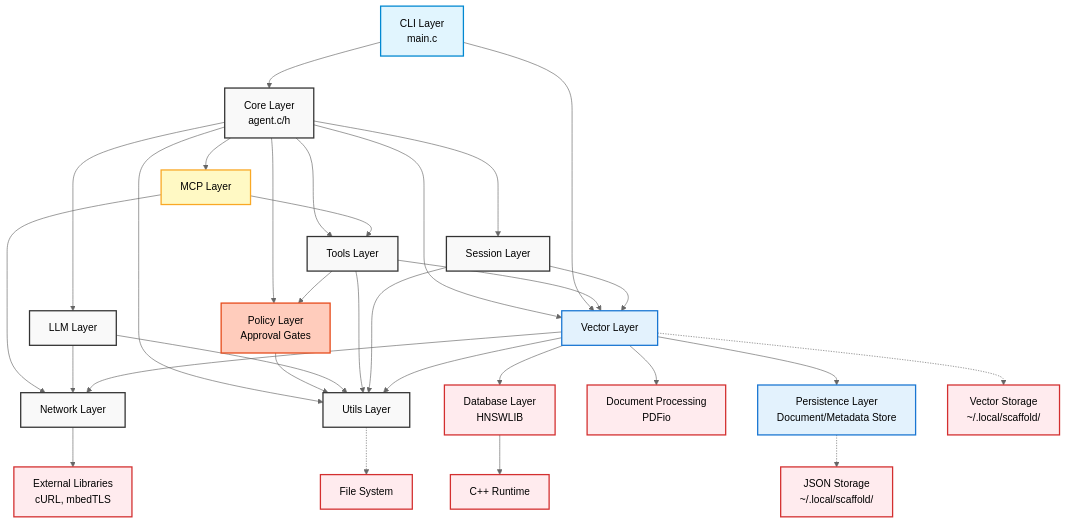
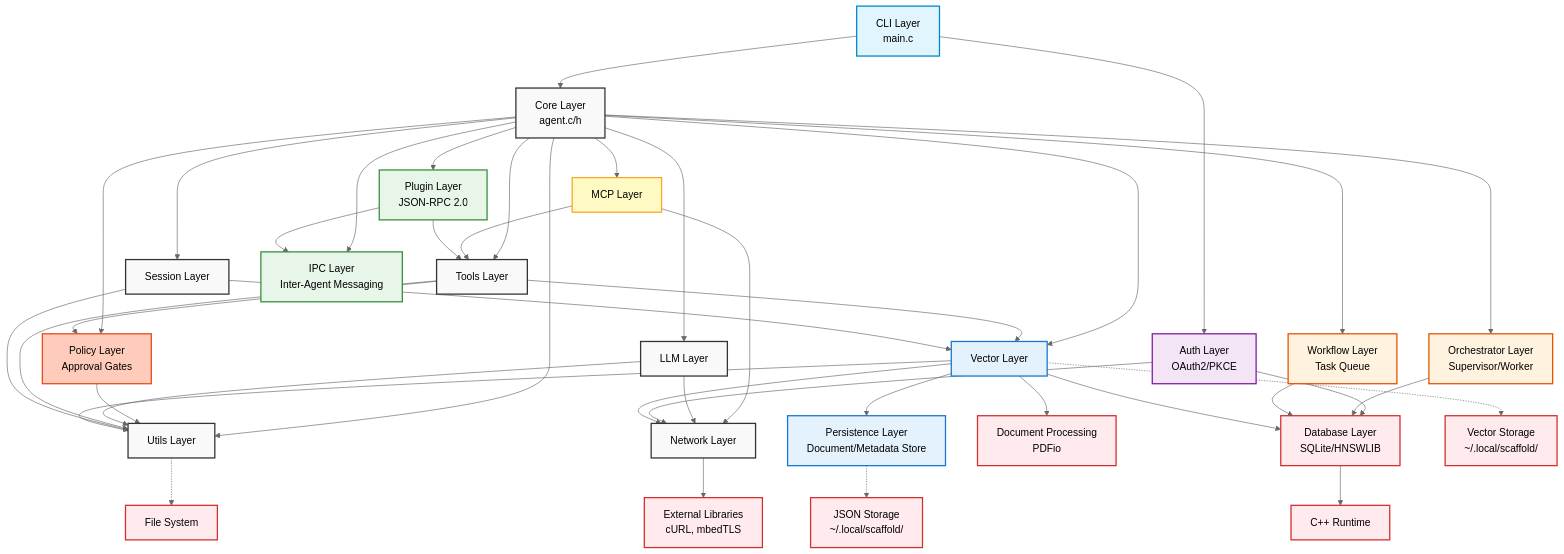
One commit to tgittos/scaffold changed the sixth of 20 diagrams in ARCHITECTURE.md. Above: the diagram before and after it, drawn with Mermaid (neutral theme). The commit also changed other lines of this file and 19 other files, not shown here.

````diff
--- a/ARCHITECTURE.md
+++ b/ARCHITECTURE.md
@@ -293,55 +291,76 @@
 ```mermaid
 graph TB
     Core[Core Layer<br/>agent.c/h] --> LLM[LLM Layer]
     Core --> Tools[Tools Layer]
     Core --> Session[Session Layer]
     Core --> Utils[Utils Layer]
     Core --> Vector[Vector Layer]
     Core --> MCP[MCP Layer]
     Core --> Policy[Policy Layer<br/>Approval Gates]
+    Core --> Plugin[Plugin Layer<br/>JSON-RPC 2.0]
+    Core --> IPC[IPC Layer<br/>Inter-Agent Messaging]
 
     Tools --> Policy
     Policy --> Utils
 
     CLI[CLI Layer<br/>main.c] --> Core
-    CLI --> Vector
+    CLI --> Auth[Auth Layer<br/>OAuth2/PKCE]
 
     MCP --> Network[Network Layer]
     MCP --> Tools
 
     LLM --> Network
     LLM --> Utils
 
+    Auth --> Network
+    Auth --> DB
+
+    Plugin --> IPC
+    Plugin --> Tools
+
     Tools --> Utils
     Tools --> Vector
 
     Session --> Utils
     Session --> Vector
 
+    Core --> Orchestrator[Orchestrator Layer<br/>Supervisor/Worker]
+    Core --> Workflow[Workflow Layer<br/>Task Queue]
+    Orchestrator --> DB
+    Workflow --> DB
+
     Vector --> Network
     Vector --> Utils
-    Vector --> Database[Database Layer<br/>HNSWLIB]
+    Vector --> DB[Database Layer<br/>SQLite/HNSWLIB]
     Vector --> Document[Document Processing<br/>PDFio]
     Vector --> Persistence[Persistence Layer<br/>Document/Metadata Store]
 
     Network --> External[External Libraries<br/>cURL, mbedTLS]
-    Database --> CPPRuntime[C++ Runtime]
+    DB --> CPPRuntime[C++ Runtime]
 
     Utils -.-> FileSystem[File System]
     Persistence -.-> JSONStorage[JSON Storage<br/>~/.local/scaffold/]
     Vector -.-> VectorStorage[Vector Storage<br/>~/.local/scaffold/]
 
     classDef layer fill:#f9f9f9,stroke:#333,stroke-width:2px
     classDef vectorLayer fill:#e3f2fd,stroke:#1976d2,stroke-width:2px
     classDef external fill:#ffebee,stroke:#d32f2f,stroke-width:2px
     classDef mcpLayer fill:#fff9c4,stroke:#f9a825,stroke-width:2px
     classDef cliLayer fill:#e1f5fe,stroke:#0288d1,stroke-width:2px
     classDef policyLayer fill:#ffccbc,stroke:#e64a19,stroke-width:2px
+    classDef pluginLayer fill:#e8f5e9,stroke:#388e3c,stroke-width:2px
+    classDef authLayer fill:#f3e5f5,stroke:#7b1fa2,stroke-width:2px
+    classDef orchLayer fill:#fff3e0,stroke:#e65100,stroke-width:2px
 
     class Core,LLM,Tools,Session,Utils,Network layer
     class Policy policyLayer
     class Vector,Persistence vectorLayer
     class External,FileSystem,Database,Document,CPPRuntime,VectorStorage,JSONStorage external
     class MCP mcpLayer
     class CLI cliLayer
+    class Plugin pluginLayer
+    class Auth authLayer
+    class IPC pluginLayer
+    class DB external
+    class Orchestrator,Workflow orchLayer
 ```
````
